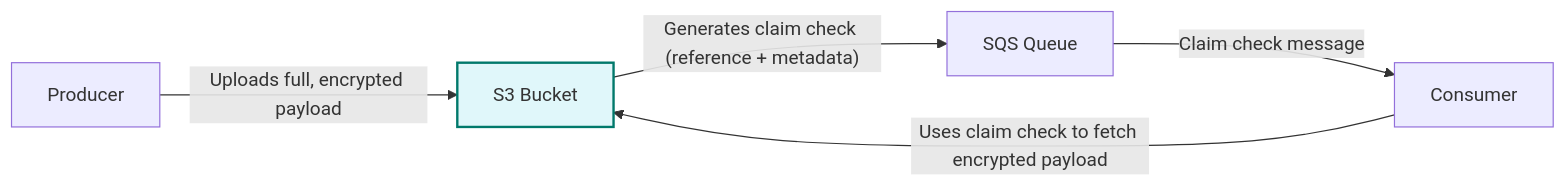
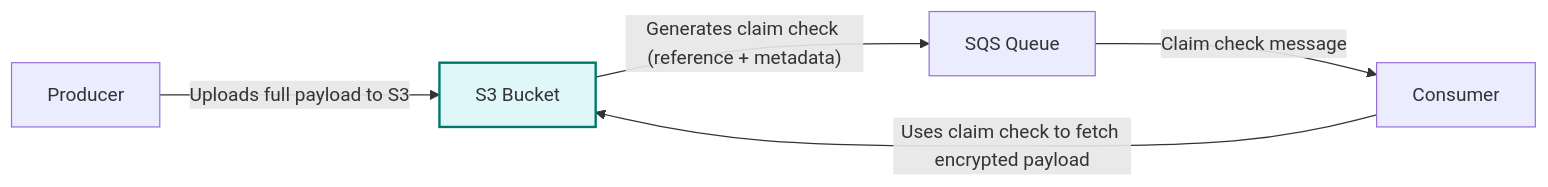
One commit to kaimmej/module_terraform_streamProcess_S3toSQS changed the diagram in doc/architecture.md. Above: the diagram before and after it, drawn with Mermaid. The commit also changed other lines of this file and 4 other files, not shown here.

Commit message:
reconfigured the flow diagram in the architecture.md file

````diff
--- a/doc/architecture.md
+++ b/doc/architecture.md
@@ -16,10 +16,10 @@
 ```mermaid
 flowchart LR
-    A[Producer] -- Uploads full, encrypted payload --> B[S3 Bucket]
+    A[Producer] -- Uploads full payload to S3 --> B[S3 Bucket]
     B -- Generates claim check (reference + metadata) --> C[SQS Queue]
     C -- Claim check message --> D[Consumer]
     D -- Uses claim check to fetch encrypted payload --> B
     B:::encrypted
 
     classDef encrypted fill:#e0f7fa,stroke:#00796b,stroke-width:2;
 ```
````
